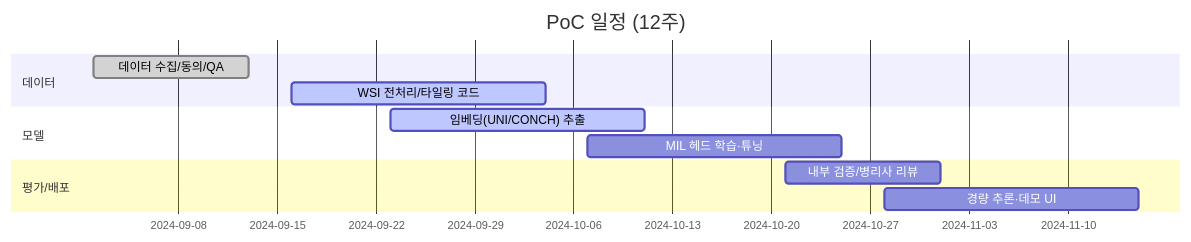
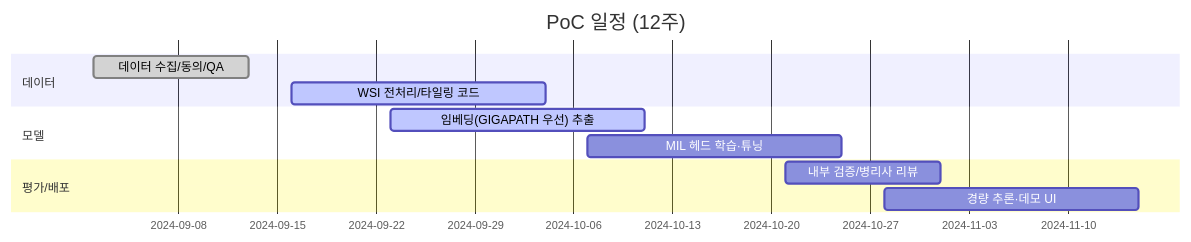
Before and after one commit to wsy8029/GC-Pathology: the first of 3 diagrams in PoC/v1/README.md, drawn with Mermaid. The commit also changed other lines of this file, not shown here.

Commit message:
Prioritize GIGAPATH in PoC v1 README

````diff
--- a/PoC/v1/README.md
+++ b/PoC/v1/README.md
@@ -13,14 +23,14 @@
 ```mermaid
 gantt
     dateFormat  YYYY-MM-DD
     title PoC 일정 (12주)
     section 데이터
     데이터 수집/동의/QA       :done,   des1, 2024-09-02, 2024-09-13
     WSI 전처리/타일링 코드    :active, des2, 2024-09-16, 2024-10-04
     section 모델
-    임베딩(UNI/CONCH) 추출    :active, des3, 2024-09-23, 2024-10-11
+    임베딩(GIGAPATH 우선) 추출:active, des3, 2024-09-23, 2024-10-11
     MIL 헤드 학습·튜닝        :des4, 2024-10-07, 2024-10-25
     section 평가/배포
     내부 검증/병리사 리뷰     :des5, 2024-10-21, 2024-11-01
     경량 추론·데모 UI         :des6, 2024-10-28, 2024-11-15
 ```
````
